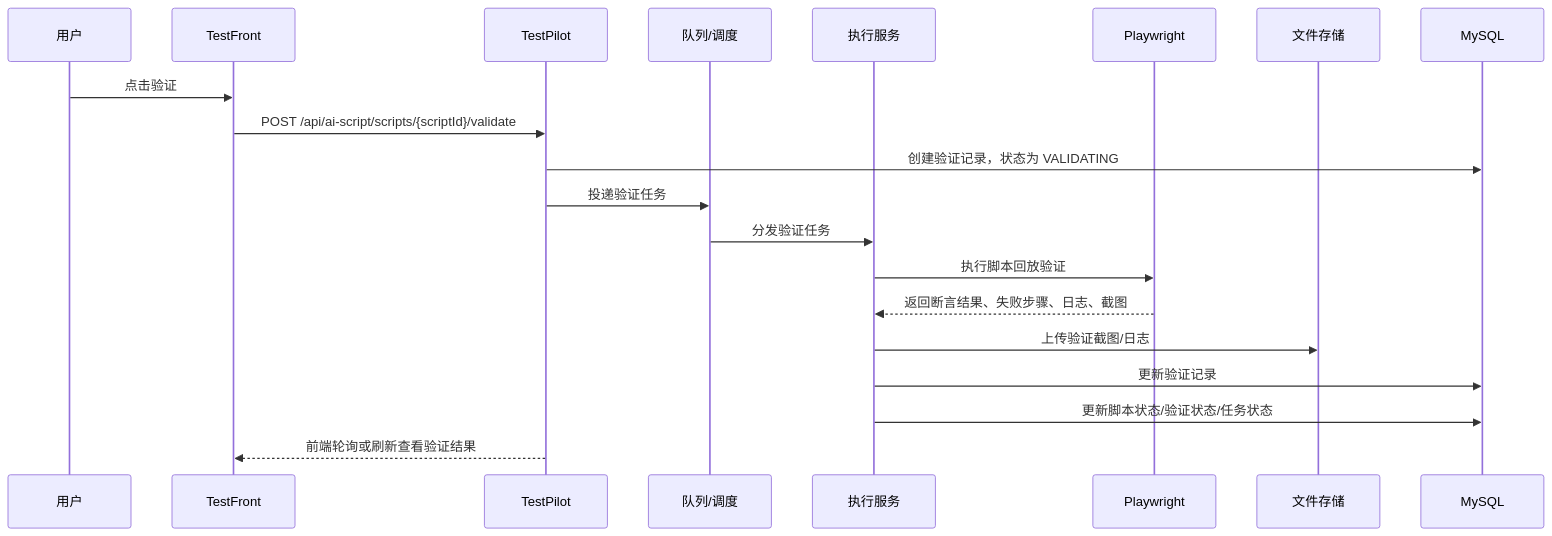
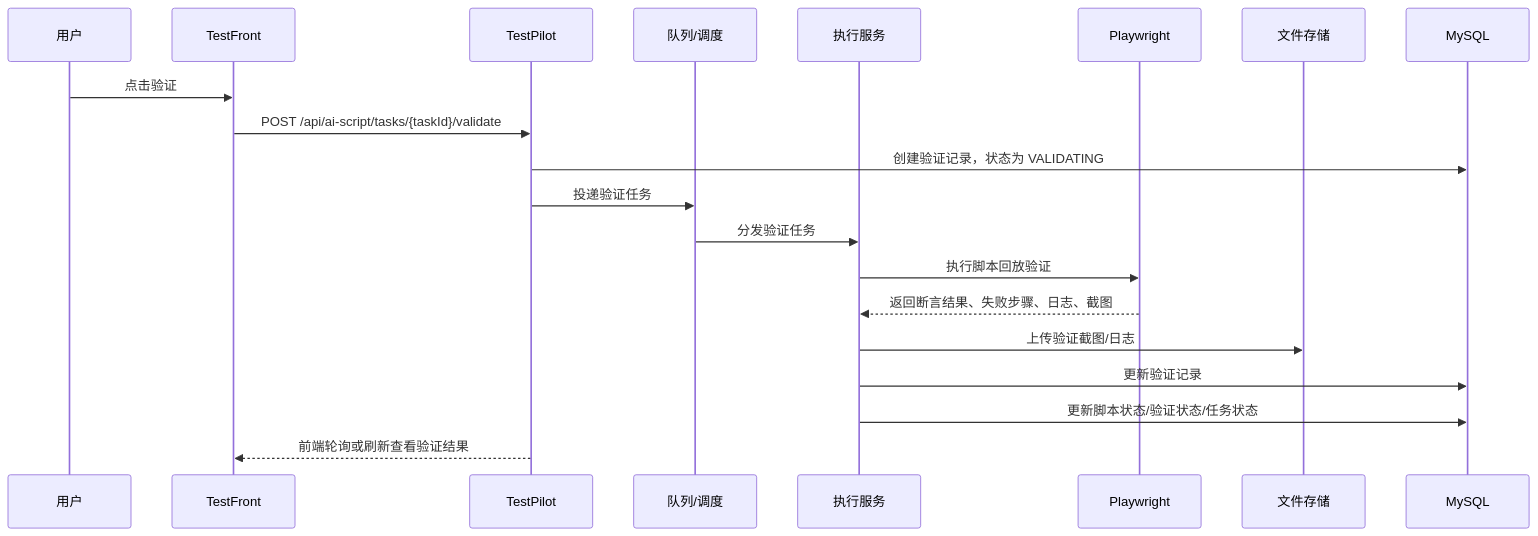
Before and after one commit to zuozuo0320/TestPilot: the fourth of 4 diagrams in docs/测试管理平台-测试智编模块技术架构与集成方案-20260328.md, drawn with Mermaid. The commit also changed other lines of this file and 42 other files, not shown here.

````diff
--- a/docs/测试管理平台-测试智编模块技术架构与集成方案-20260328.md
+++ b/docs/测试管理平台-测试智编模块技术架构与集成方案-20260328.md
@@ -270,23 +271,23 @@
 ```mermaid
 sequenceDiagram
     participant U as 用户
     participant FE as TestFront
     participant BE as TestPilot
     participant Q as 队列/调度
     participant EX as 执行服务
     participant PW as Playwright
     participant FS as 文件存储
     participant DB as MySQL
 
     U->>FE: 点击验证
-    FE->>BE: POST /api/ai-script/scripts/{scriptId}/validate
+    FE->>BE: POST /api/ai-script/tasks/{taskId}/validate
     BE->>DB: 创建验证记录，状态为 VALIDATING
     BE->>Q: 投递验证任务
     Q->>EX: 分发验证任务
     EX->>PW: 执行脚本回放验证
     PW-->>EX: 返回断言结果、失败步骤、日志、截图
     EX->>FS: 上传验证截图/日志
     EX->>DB: 更新验证记录
     EX->>DB: 更新脚本状态/验证状态/任务状态
     BE-->>FE: 前端轮询或刷新查看验证结果
 ```
````
